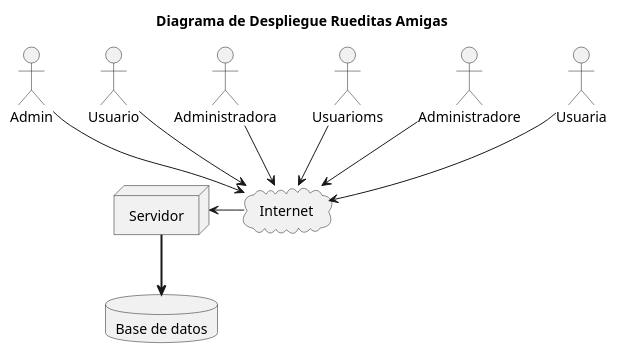
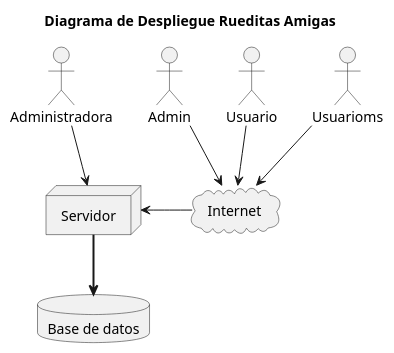
Before and after one commit to lrizzitano/RueditasAmigasDespliegue: the diagram in diagrams/DiagramaDeDespliegue.puml, drawn with PlantUML.

Commit message:
pruebo actor por fuera de internet

```diff
--- a/diagrams/DiagramaDeDespliegue.puml
+++ b/diagrams/DiagramaDeDespliegue.puml
@@ -1,30 +1,28 @@
 @startuml DiagramaDeDespliegue
 'https://plantuml.com/deployment-diagram
 
 title Diagrama de Despliegue Rueditas Amigas
 
 
 actor "Admin"
 actor "Usuario"
 actor "Administradora"
 actor "Usuarioms"
-actor "Administradore"
-actor "Usuaria"
+
 
 cloud "Internet"
 
 node "Servidor"
 
 database "Base de datos"
 
 "Usuario" --> "Internet"
 "Admin" --> "Internet"
 "Usuarioms" --> "Internet"
-"Administradora" --> "Internet"
-"Usuaria" --> "Internet"
-"Administradore" --> "Internet"
+"Administradora" --> "Servidor"
+
 
 "Internet" -l-> "Servidor"
 
 "Servidor" -[bold]-> "Base de datos"
 @enduml
```
